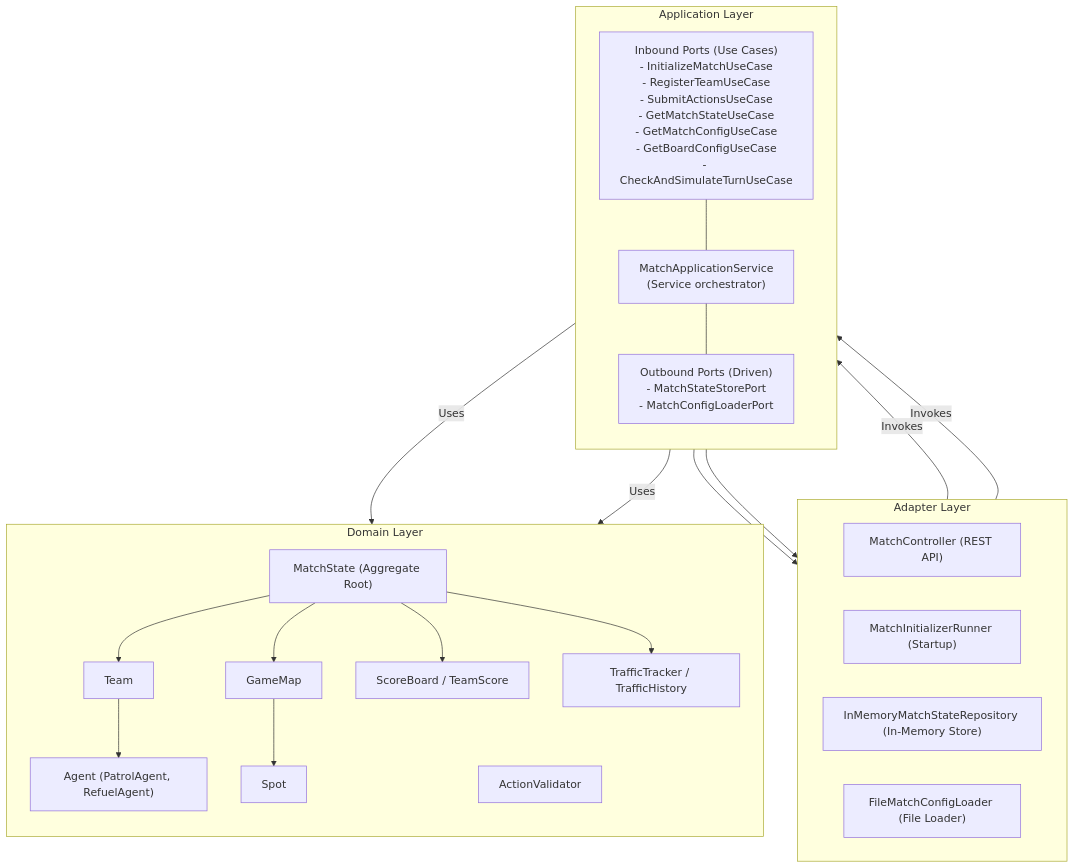
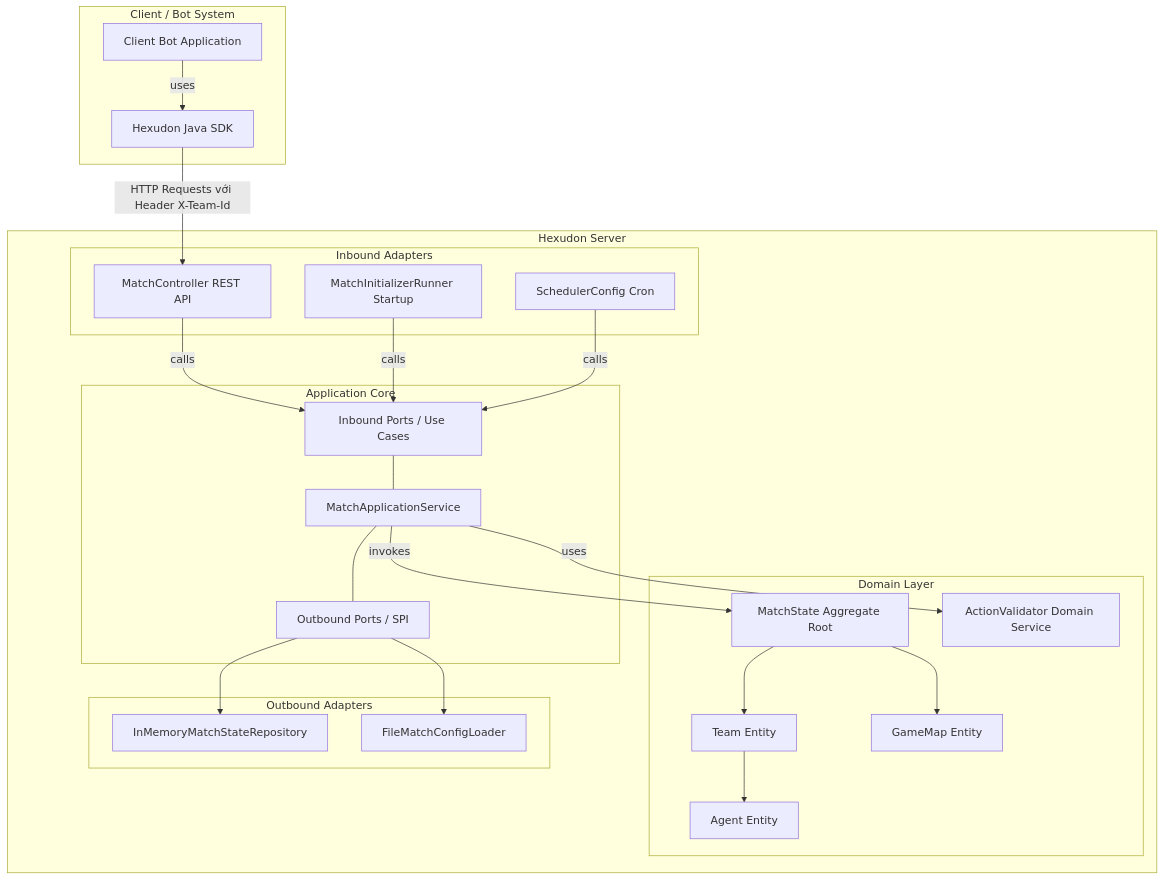
Before and after one commit to thing-or-think/hexudon: the diagram in README.md, drawn with Mermaid. The commit also changed other lines of this file and 1 other file, not shown here.

Commit message:
git commit -m "docs: update project README and add server documentation"

````diff
--- a/README.md
+++ b/README.md
@@ -27,49 +23,53 @@
 ```mermaid
 graph TD
-    %% Layers representation
-    subgraph Adapter Layer
-        direction LR
-        REST["MatchController (REST API)"]
-        InitRunner["MatchInitializerRunner (Startup)"]
-        InMemoryRepo["InMemoryMatchStateRepository (In-Memory Store)"]
-        ConfigLoader["FileMatchConfigLoader (File Loader)"]
+    subgraph Client / Bot System
+        Bot[Client Bot Application] --> |uses| SDK[Hexudon Java SDK]
     end
 
-    subgraph Application Layer
-        direction TB
-        UseCases["Inbound Ports (Use Cases)<br>- InitializeMatchUseCase<br>- RegisterTeamUseCase<br>- SubmitActionsUseCase<br>- GetMatchStateUseCase<br>- GetMatchConfigUseCase<br>- GetBoardConfigUseCase<br>- CheckAndSimulateTurnUseCase"]
-        OutPorts["Outbound Ports (Driven)<br>- MatchStateStorePort<br>- MatchConfigLoaderPort"]
-        AppService["MatchApplicationService<br>(Service orchestrator)"]
+    subgraph Hexudon Server
+        subgraph Inbound Adapters
+            REST[MatchController REST API]
+            Init[MatchInitializerRunner Startup]
+            Sched[SchedulerConfig Cron]
+        end
+
+        subgraph Application Core
+            UseCases[Inbound Ports / Use Cases]
+            MatchAppService[MatchApplicationService]
+            OutPorts[Outbound Ports / SPI]
+        end
+
+        subgraph Domain Layer
+            MatchState[MatchState Aggregate Root]
+            Team[Team Entity]
+            Agent[Agent Entity]
+            GameMap[GameMap Entity]
+            ActionValidator[ActionValidator Domain Service]
+        end
+
+        subgraph Outbound Adapters
+            InMemoryRepo[InMemoryMatchStateRepository]
+            FileLoader[FileMatchConfigLoader]
+        end
     end
 
-    subgraph Domain Layer
-        direction TB
-        AggRoot["MatchState (Aggregate Root)"]
-        TeamObj["Team"]
-        AgentObj["Agent (PatrolAgent, RefuelAgent)"]
-        GameMapObj["GameMap"]
-        SpotObj["Spot"]
-        ScoreObj["ScoreBoard / TeamScore"]
-        TrafficObj["TrafficTracker / TrafficHistory"]
-        
-        ActVal["ActionValidator"]
-    end
+    %% Giao tiếp SDK -> Server
+    SDK --> |HTTP Requests với Header X-Team-Id| REST
 
-    %% Wiring
-    REST --> |Invokes| UseCases
-    InitRunner --> |Invokes| UseCases
-    UseCases --- AppService
-    AppService --- OutPorts
+    %% Luồng chạy Server
+    REST --> |calls| UseCases
+    Init --> |calls| UseCases
+    Sched --> |calls| UseCases
+    UseCases --- MatchAppService
+    MatchAppService --- OutPorts
+    
     OutPorts --> InMemoryRepo
-    OutPorts --> ConfigLoader
+    OutPorts --> FileLoader
 
-    AppService --> |Uses| AggRoot
-    AppService --> |Uses| ActVal
+    MatchAppService --> |invokes| MatchState
+    MatchAppService --> |uses| ActionValidator
 
-    AggRoot --> TeamObj
-    AggRoot --> GameMapObj
-    AggRoot --> ScoreObj
-    AggRoot --> TrafficObj
-    TeamObj --> AgentObj
-    GameMapObj --> SpotObj
+    MatchState --> Team
+    MatchState --> GameMap
+    Team --> Agent
 ```
````
